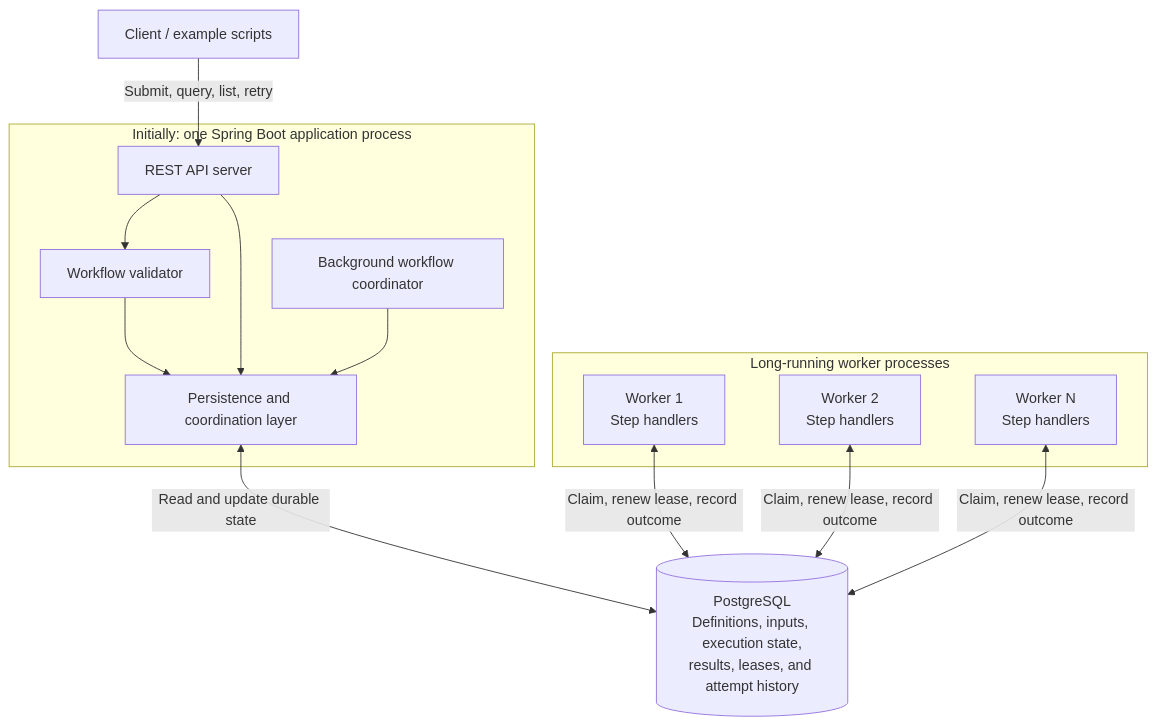
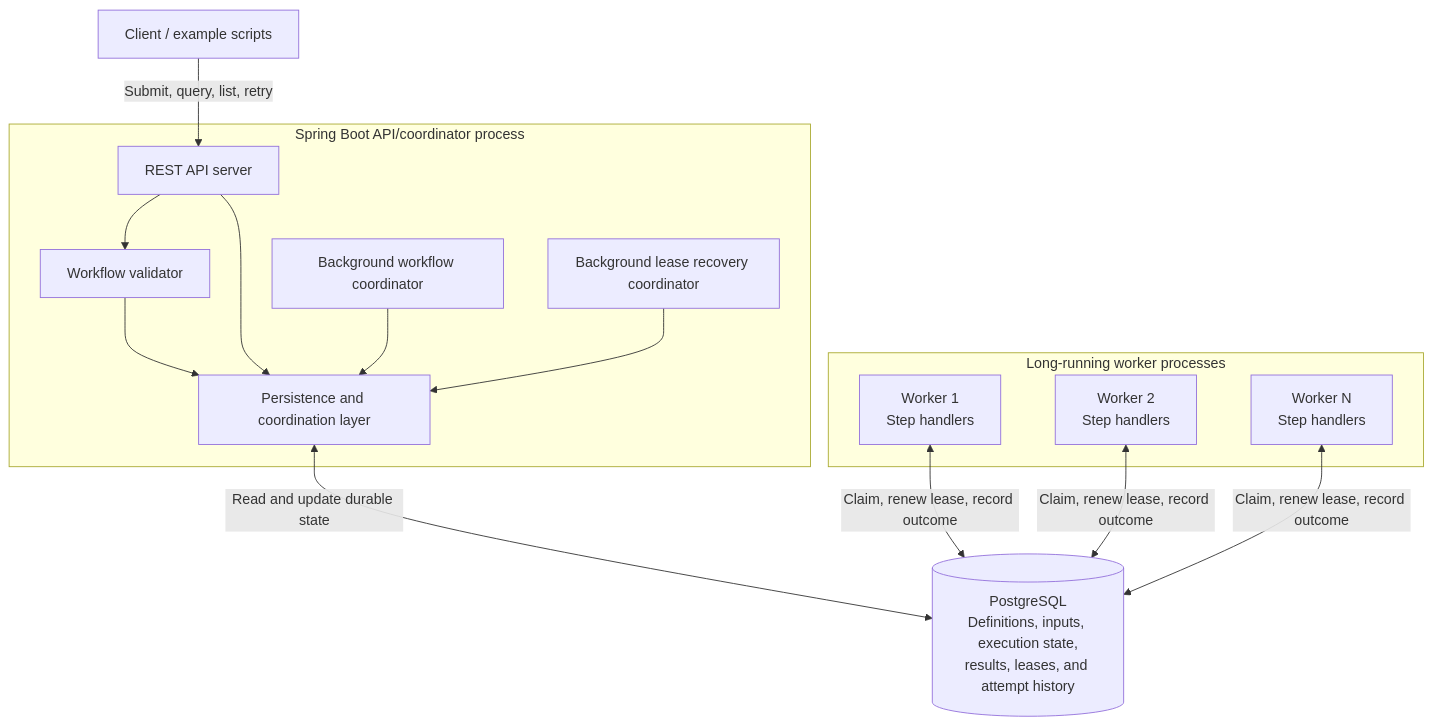
One commit to hzj112/dwe changed the first of 6 diagrams in DESIGN.md. Above: the diagram before and after it, drawn with Mermaid. The commit also changed other lines of this file and 5 other files, not shown here.

````diff
--- a/DESIGN.md
+++ b/DESIGN.md
@@ -73,30 +36,32 @@
 ```mermaid
 flowchart TB
     Client["Client / example scripts"]
 
-    subgraph App["Initially: one Spring Boot application process"]
+    subgraph App["Spring Boot API/coordinator process"]
         API["REST API server"]
         Validator["Workflow validator"]
         Coordinator["Background workflow coordinator"]
+        Recovery["Background lease recovery coordinator"]
         Persistence["Persistence and coordination layer"]
 
         API --> Validator
         Validator --> Persistence
         API --> Persistence
         Coordinator --> Persistence
+        Recovery --> Persistence
     end
 
     DB[("PostgreSQL\nDefinitions, inputs, execution state,\nresults, leases, and attempt history")]
 
     subgraph Workers["Long-running worker processes"]
         W1["Worker 1\nStep handlers"]
         W2["Worker 2\nStep handlers"]
         WN["Worker N\nStep handlers"]
     end
 
     Client -->|"Submit, query, list, retry"| API
     Persistence <-->|"Read and update durable state"| DB
     W1 <-->|"Claim, renew lease, record outcome"| DB
     W2 <-->|"Claim, renew lease, record outcome"| DB
     WN <-->|"Claim, renew lease, record outcome"| DB
 ```
````
